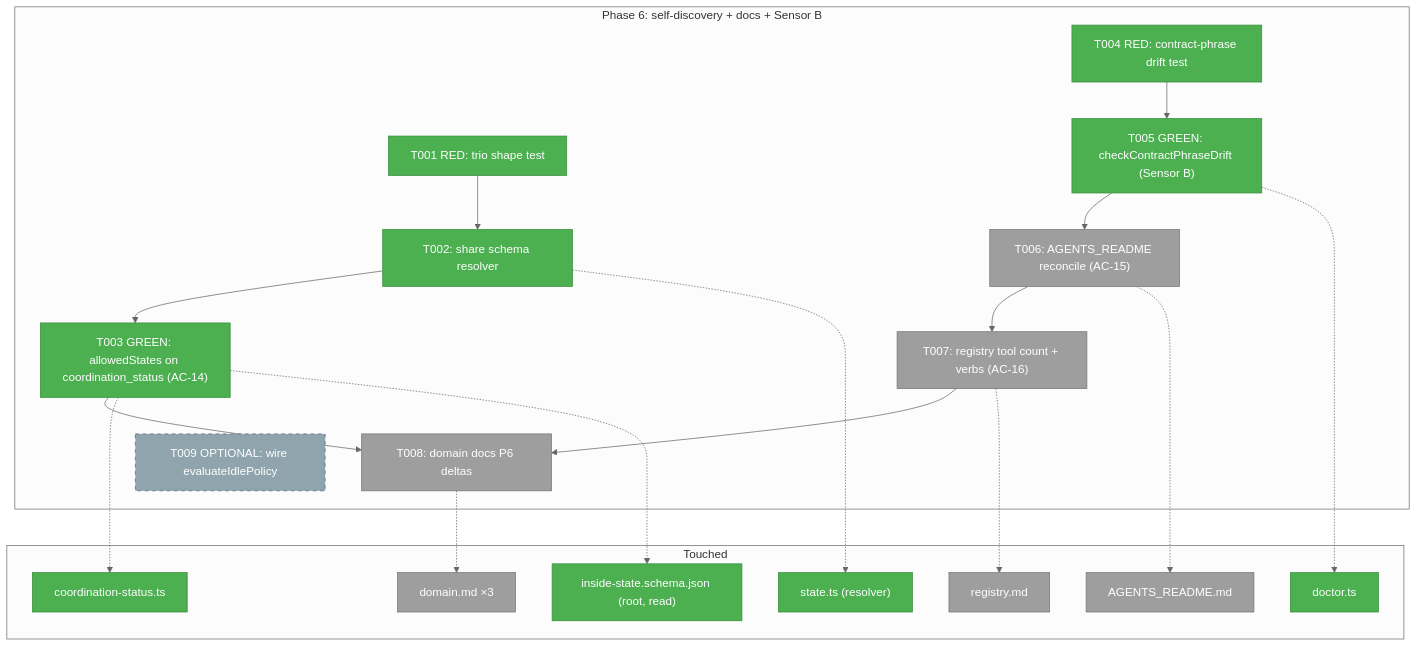
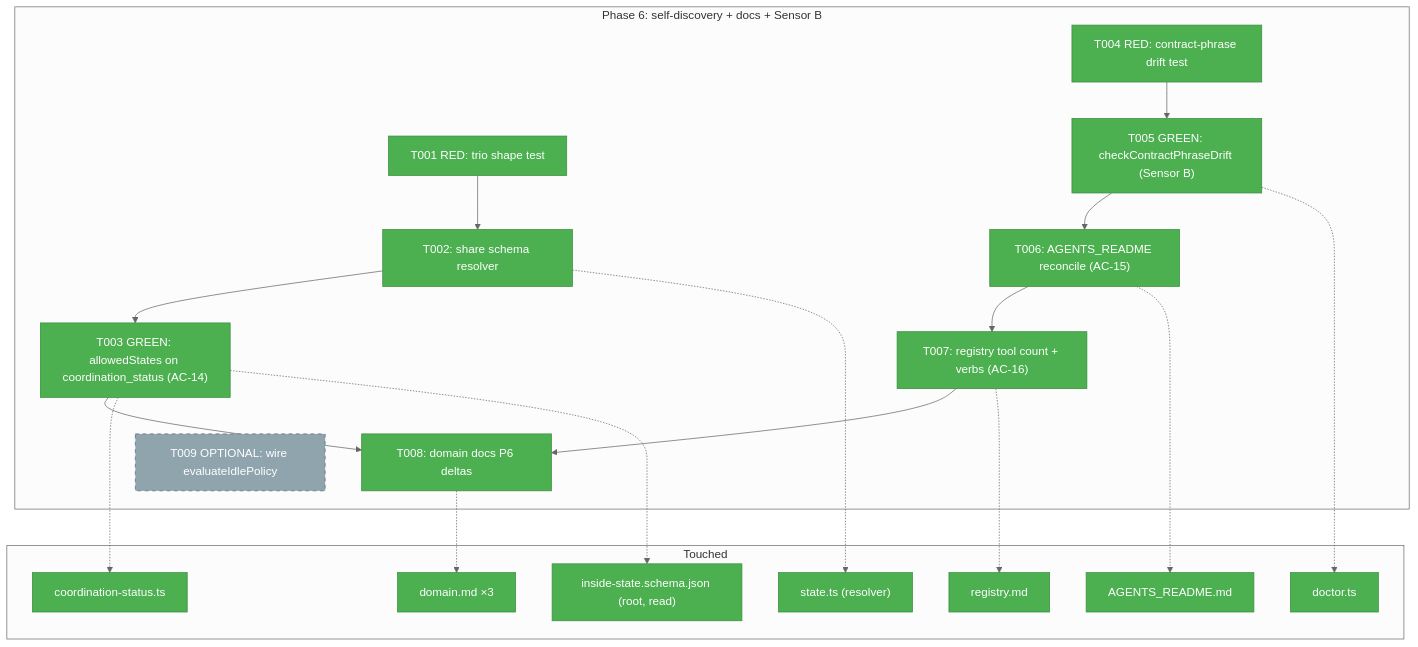
One commit to AI-Substrate/minih changed the first of 3 diagrams in docs/plans/027-companion-coordination/tasks/phase-6-runtime-self-discovery-docs-reconciliation/tasks.md. Above: the diagram before and after it, drawn with Mermaid (neutral theme). The commit also changed other lines of this file and 5 other files, not shown here.

First line of the commit message:
docs(027): Phase 6 reconciliation — tool count, exit-reason vocab, domain deltas (AC-15/16)

````diff
--- a/docs/plans/027-companion-coordination/tasks/phase-6-runtime-self-discovery-docs-reconciliation/tasks.md
+++ b/docs/plans/027-companion-coordination/tasks/phase-6-runtime-self-discovery-docs-reconciliation/tasks.md
@@ -125,40 +125,40 @@
 ```mermaid
 flowchart TD
     classDef pending fill:#9E9E9E,stroke:#757575,color:#fff
     classDef completed fill:#4CAF50,stroke:#388E3C,color:#fff
     classDef optional fill:#90A4AE,stroke:#546E7A,color:#fff,stroke-dasharray: 5 5
 
     subgraph Phase["Phase 6: self-discovery + docs + Sensor B"]
         T001["T001 RED: trio shape test"]:::completed
         T002["T002: share schema resolver"]:::completed
         T003["T003 GREEN: allowedStates on coordination_status (AC-14)"]:::completed
         T004["T004 RED: contract-phrase drift test"]:::completed
         T005["T005 GREEN: checkContractPhraseDrift (Sensor B)"]:::completed
-        T006["T006: AGENTS_README reconcile (AC-15)"]:::pending
-        T007["T007: registry tool count + verbs (AC-16)"]:::pending
-        T008["T008: domain docs P6 deltas"]:::pending
+        T006["T006: AGENTS_README reconcile (AC-15)"]:::completed
+        T007["T007: registry tool count + verbs (AC-16)"]:::completed
+        T008["T008: domain docs P6 deltas"]:::completed
         T009["T009 OPTIONAL: wire evaluateIdlePolicy"]:::optional
         T001 --> T002 --> T003
         T004 --> T005
         T003 --> T008
         T005 --> T006 --> T007 --> T008
     end
 
     subgraph Files["Touched"]
         F1["coordination-status.ts"]:::completed
         F2["state.ts (resolver)"]:::completed
         F3["doctor.ts"]:::completed
-        F4["AGENTS_README.md"]:::pending
-        F5["registry.md"]:::pending
-        F6["domain.md ×3"]:::pending
+        F4["AGENTS_README.md"]:::completed
+        F5["registry.md"]:::completed
+        F6["domain.md ×3"]:::completed
         F7["inside-state.schema.json (root, read)"]:::completed
     end
 
     T002 -.-> F2
     T003 -.-> F1
     T003 -.-> F7
     T005 -.-> F3
     T006 -.-> F4
     T007 -.-> F5
     T008 -.-> F6
 ```
````
